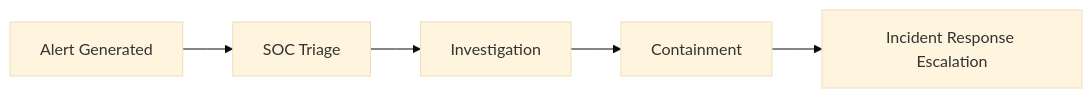
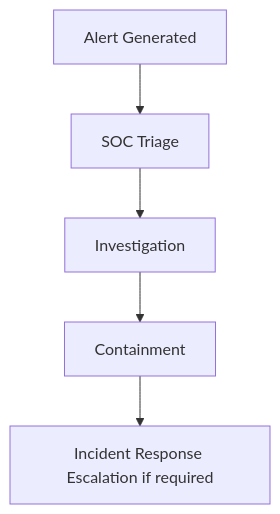
Before and after one commit to aparnaa19/SOC: the diagram in introduction/README.md, drawn with Mermaid.

````diff
--- a/introduction/README.md
+++ b/introduction/README.md
@@ -115,8 +115,7 @@
 ```mermaid
-%%{init: {'theme':'base', 'flowchart': {'curve': 'linear'}}}%%
-flowchart LR
+flowchart TD
     A[Alert Generated] --> B[SOC Triage]
     B --> C[Investigation]
     C --> D[Containment]
-    D --> E[Incident Response Escalation]
+    D --> E["Incident Response Escalation if required"]
 ```
````
